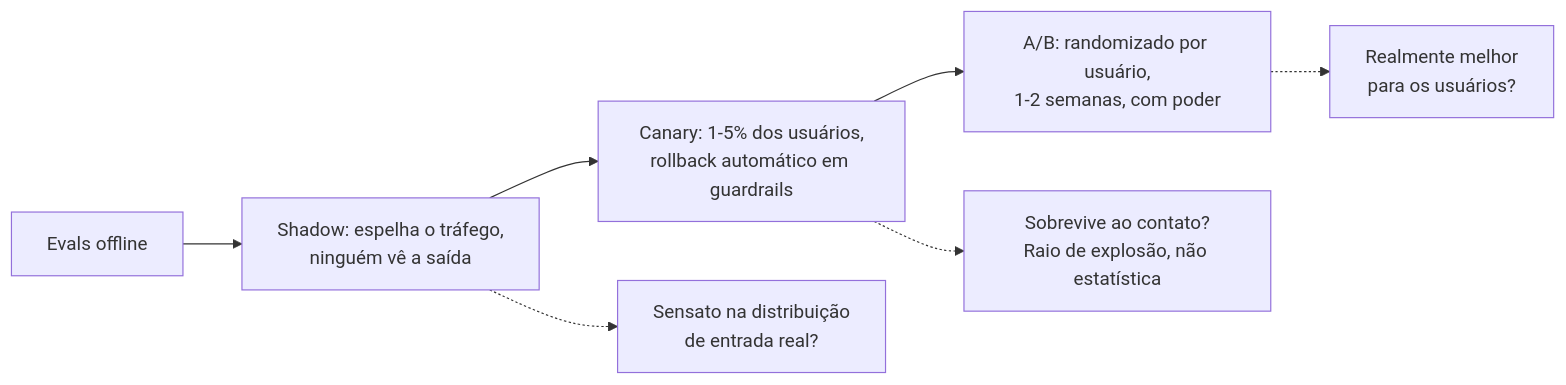
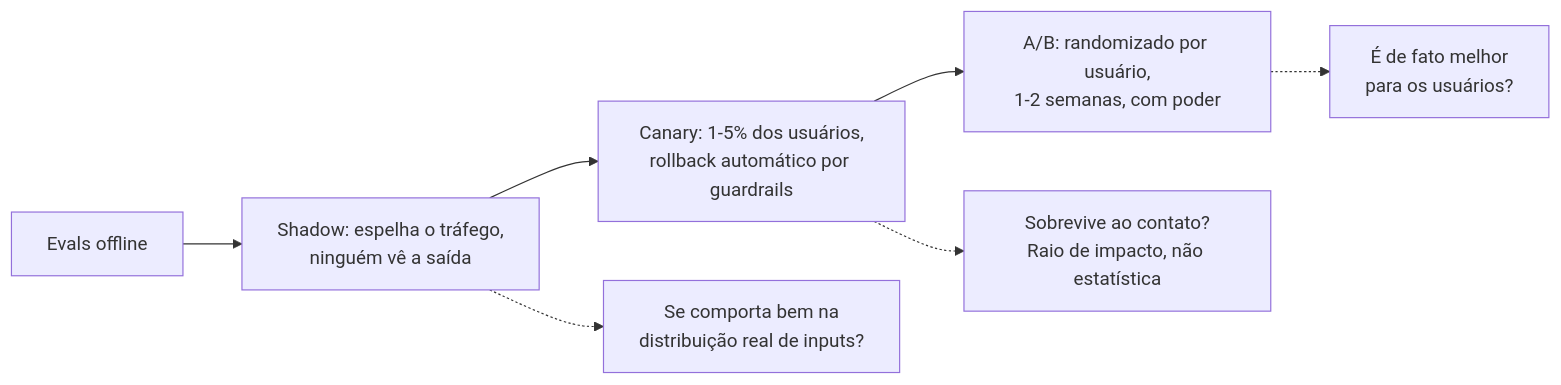
One commit to andrevberaldo/AI-Engineer-Interview-Questions changed diagram 16 of 28 in 07-evaluation-and-observability/questions.pt-BR.md. Above: the diagram before and after it, drawn with Mermaid. The commit also changed other lines of this file and 1 other file, not shown here.

````diff
--- a/07-evaluation-and-observability/questions.pt-BR.md
+++ b/07-evaluation-and-observability/questions.pt-BR.md
@@ -869,9 +869,9 @@
 ```mermaid
 flowchart LR
     O["Evals offline"] --> S["Shadow: espelha o tráfego,<br/>ninguém vê a saída"]
-    S --> C["Canary: 1-5% dos usuários,<br/>rollback automático em guardrails"]
+    S --> C["Canary: 1-5% dos usuários,<br/>rollback automático por guardrails"]
     C --> A["A/B: randomizado por usuário,<br/>1-2 semanas, com poder"]
-    S -.-> Q1["Sensato na distribuição<br/>de entrada real?"]
-    C -.-> Q2["Sobrevive ao contato?<br/>Raio de explosão, não estatística"]
-    A -.-> Q3["Realmente melhor<br/>para os usuários?"]
+    S -.-> Q1["Se comporta bem na<br/>distribuição real de inputs?"]
+    C -.-> Q2["Sobrevive ao contato?<br/>Raio de impacto, não estatística"]
+    A -.-> Q3["É de fato melhor<br/>para os usuários?"]
 ```
````
